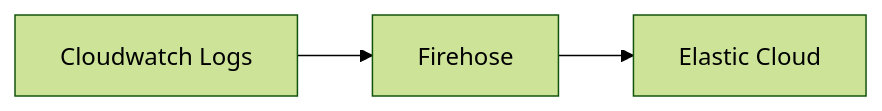
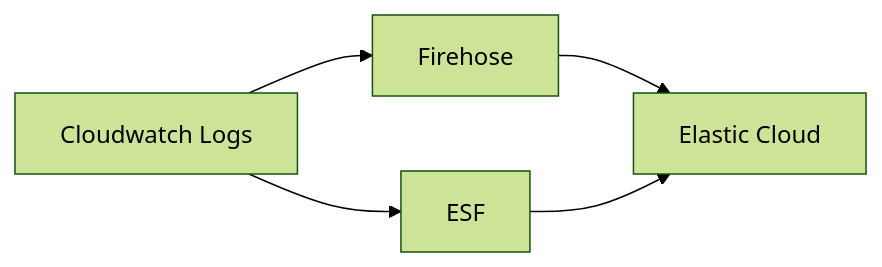
Before and after one commit to constanca-m/firehose-vs-esf-vs-agent: the first of 2 diagrams in terraform/README.md, drawn with Mermaid (forest theme). The commit also changed other lines of this file and 22 other files, not shown here.

````diff
--- a/terraform/README.md
+++ b/terraform/README.md
@@ -3,5 +22,8 @@
 ```mermaid
 flowchart LR
     cloudwatch[Cloudwatch Logs] --> firehose[Firehose]
     firehose[Firehose] --> elastic[Elastic Cloud]
+
+    cloudwatch[Cloudwatch Logs] --> ESF[ESF]
+    ESF[ESF] --> elastic[Elastic Cloud]
 ```
````
